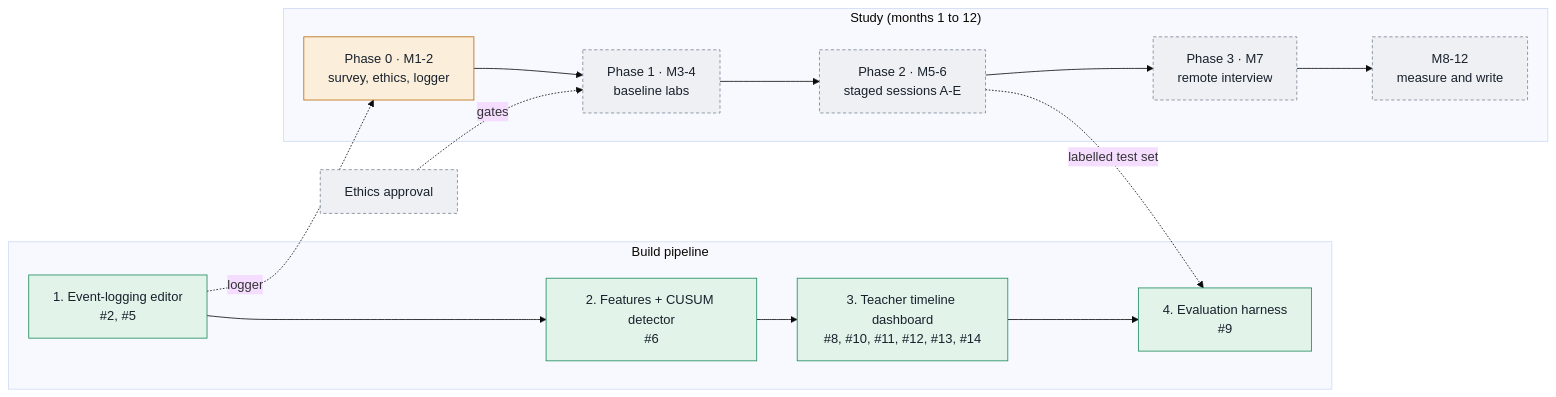
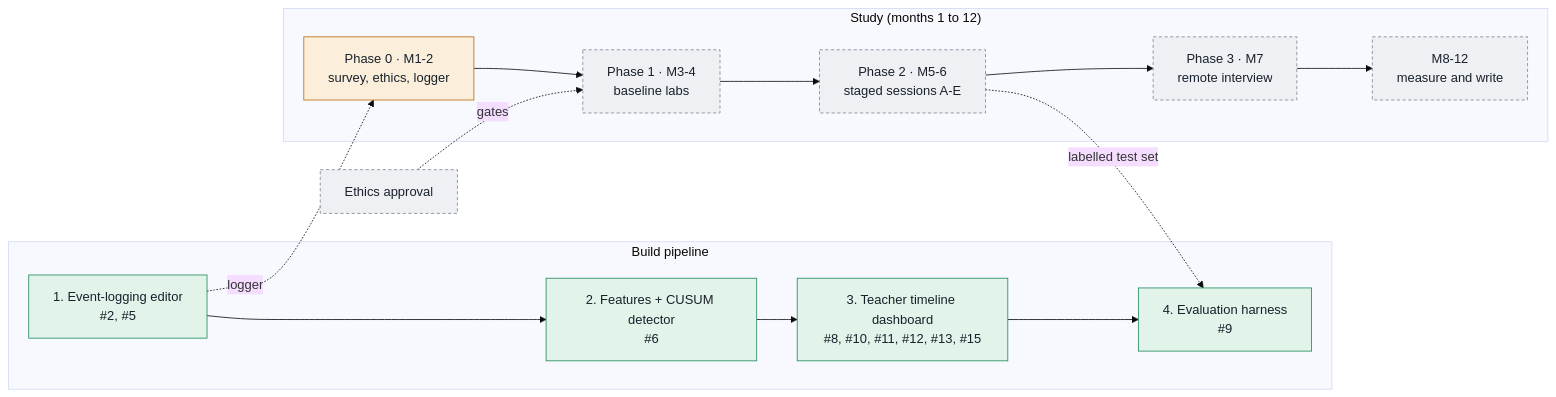
The diagram in thesis/progress/STATUS.md (codehamster69/student-ide), drawn with Mermaid (base theme) before and after one commit. The commit also changed other lines of this file and 2 other files, not shown here.

Commit message:
Progress: question sets are PR #15
Claude-Session: https://claude.ai/code/session_018oCRKwWnH2ZyPXHEUTCZj6

````diff
--- a/thesis/progress/STATUS.md
+++ b/thesis/progress/STATUS.md
@@ -14,21 +14,21 @@
 ```mermaid
 flowchart LR
   classDef done fill:#e2f3ea,stroke:#1f8a5b,color:#18202b
   classDef prog fill:#fbefdc,stroke:#b86a0b,color:#18202b
   classDef pend fill:#eef0f3,stroke:#7c8696,stroke-dasharray:4 3,color:#18202b
 
   subgraph Build["Build pipeline"]
     B1["1. Event-logging editor<br/>#2, #5"]:::done --> B2["2. Features + CUSUM detector<br/>#6"]:::done
-    B2 --> B3["3. Teacher timeline dashboard<br/>#8, #10, #11, #12, #13, #14"]:::done --> B4["4. Evaluation harness<br/>#9"]:::done
+    B2 --> B3["3. Teacher timeline dashboard<br/>#8, #10, #11, #12, #13, #15"]:::done --> B4["4. Evaluation harness<br/>#9"]:::done
   end
 
   subgraph Study["Study (months 1 to 12)"]
     P0["Phase 0 · M1-2<br/>survey, ethics, logger"]:::prog --> P1["Phase 1 · M3-4<br/>baseline labs"]:::pend
     P1 --> P2["Phase 2 · M5-6<br/>staged sessions A-E"]:::pend --> P3["Phase 3 · M7<br/>remote interview"]:::pend
     P3 --> W["M8-12<br/>measure and write"]:::pend
   end
 
   E["Ethics approval"]:::pend -. gates .-> P1
   B1 -. logger .-> P0
   P2 -. labelled test set .-> B4
 ```
````
